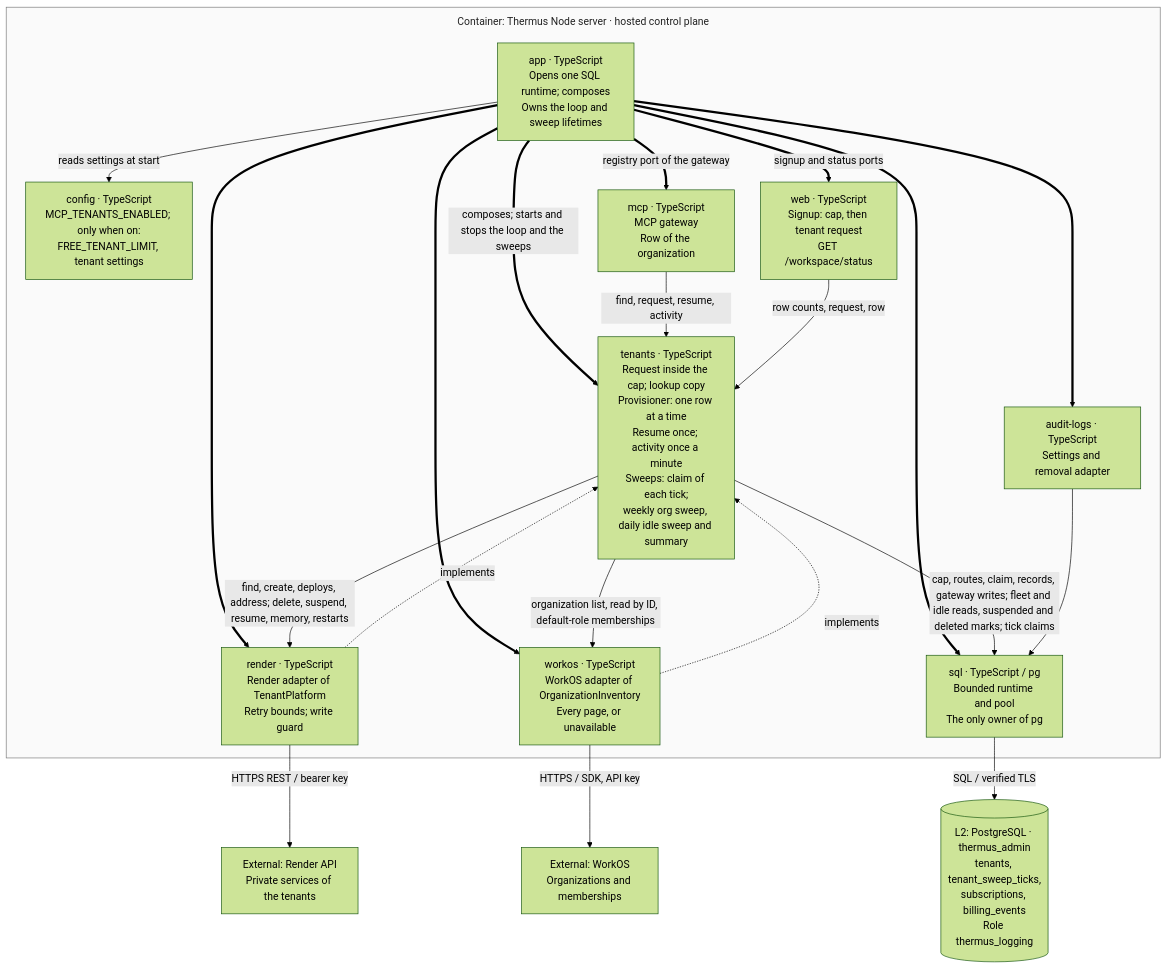
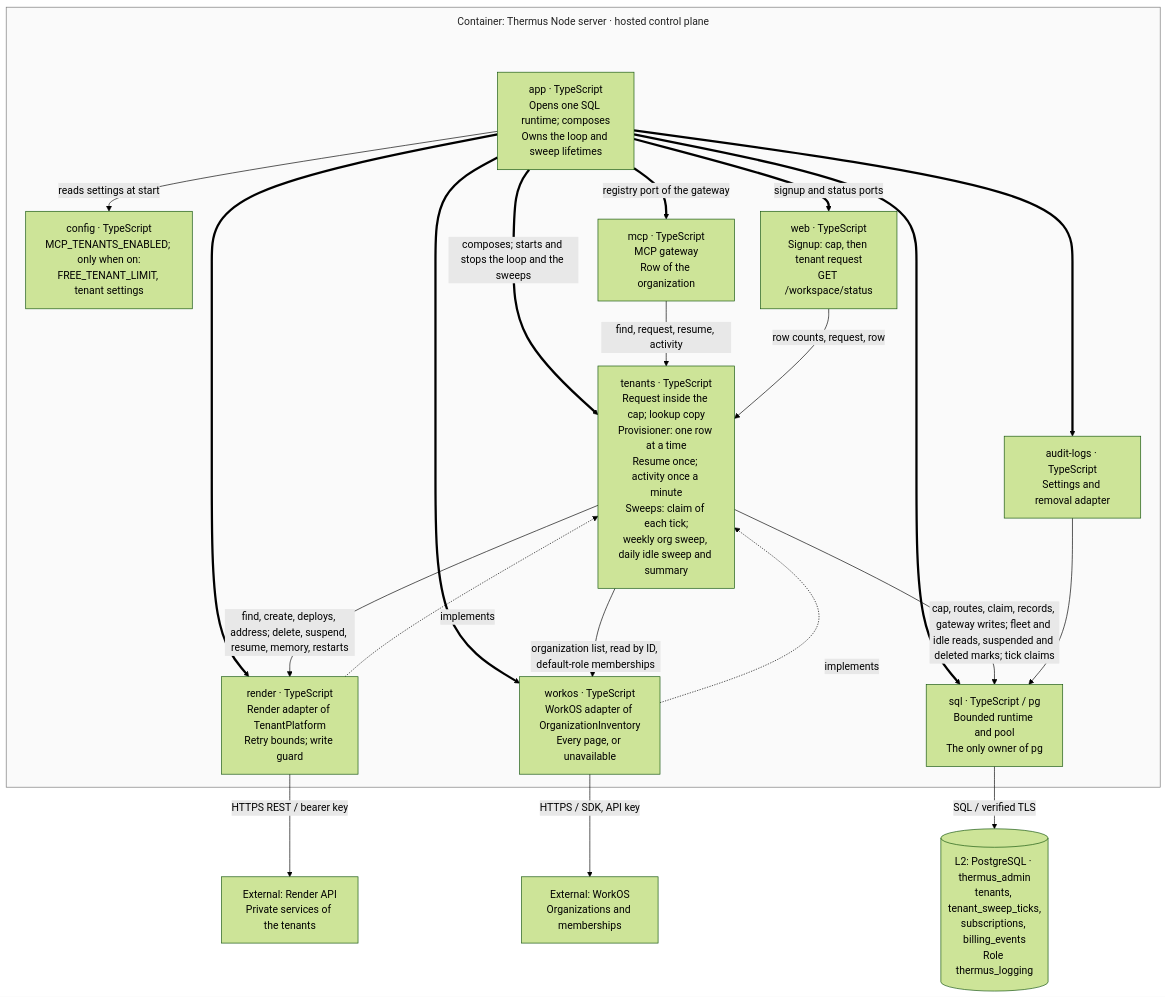
The ninth of 24 diagrams in architecture/components.md (tomer-mayara/Thermus), drawn with Mermaid (forest theme) before and after one commit. The commit also changed other lines of this file, not shown here.

````diff
--- a/architecture/components.md
+++ b/architecture/components.md
@@ -595,38 +595,38 @@
 ```mermaid
-%%{init: {"flowchart": {"wrappingWidth": 150, "nodeSpacing": 40, "rankSpacing": 40, "subGraphTitleMargin": {"top": 10, "bottom": 25}}}}%%
+%%{init: {"flowchart": {"wrappingWidth": 150, "nodeSpacing": 40, "rankSpacing": 40, "subGraphTitleMargin": {"top": 10, "bottom": 70}}}}%%
 flowchart TB
   subgraph tenancy_server["Container: Thermus Node server · hosted control plane"]
     tenancy_config["config · TypeScript<br/>MCP_TENANTS_ENABLED; only when on:<br/>FREE_TENANT_LIMIT, tenant settings"]
     tenancy_app["app · TypeScript<br/>Opens one SQL runtime; composes<br/>Owns the loop and sweep lifetimes"]
     tenancy_web["web · TypeScript<br/>Signup: cap, then tenant request<br/>GET /workspace/status"]
     tenancy_mcp["mcp · TypeScript<br/>MCP gateway<br/>Row of the organization"]
     tenancy_tenants["tenants · TypeScript<br/>Request inside the cap; lookup copy<br/>Provisioner: one row at a time<br/>Resume once; activity once a minute<br/>Sweeps: claim of each tick;<br/>weekly org sweep, daily idle sweep and summary"]
     tenancy_render["render · TypeScript<br/>Render adapter of TenantPlatform<br/>Retry bounds; write guard"]
     tenancy_workos["workos · TypeScript<br/>WorkOS adapter of OrganizationInventory<br/>Every page, or unavailable"]
     tenancy_audit["audit-logs · TypeScript<br/>Settings and removal adapter"]
     tenancy_sql["sql · TypeScript / pg<br/>Bounded runtime and pool<br/>The only owner of pg"]
     tenancy_app -->|reads settings at start| tenancy_config
     tenancy_app ==>|composes; starts and stops the loop and the sweeps| tenancy_tenants
     tenancy_app ==>|registry port of the gateway| tenancy_mcp
     tenancy_app ==>|signup and status ports| tenancy_web
     tenancy_app ==> tenancy_render
     tenancy_app ==> tenancy_workos
     tenancy_app ==> tenancy_audit
     tenancy_app ==> tenancy_sql
     tenancy_mcp -->|find, request, resume, activity| tenancy_tenants
     tenancy_web -->|row counts, request, row| tenancy_tenants
     tenancy_tenants -->|find, create, deploys, address; delete, suspend, resume, memory, restarts| tenancy_render
     tenancy_render -.->|implements| tenancy_tenants
     tenancy_tenants -->|organization list, read by ID, default-role memberships| tenancy_workos
     tenancy_workos -.->|implements| tenancy_tenants
     tenancy_tenants -->|cap, routes, claim, records, gateway writes; fleet and idle reads, suspended and deleted marks; tick claims| tenancy_sql
     tenancy_audit --> tenancy_sql
   end
   tenancy_db[("L2: PostgreSQL · thermus_admin<br/>tenants, tenant_sweep_ticks,<br/>subscriptions, billing_events<br/>Role thermus_logging")]
   tenancy_api["External: Render API<br/>Private services of the tenants"]
   tenancy_workos_api["External: WorkOS<br/>Organizations and memberships"]
   tenancy_sql -->|SQL / verified TLS| tenancy_db
   tenancy_render -->|HTTPS REST / bearer key| tenancy_api
   tenancy_workos -->|HTTPS / SDK, API key| tenancy_workos_api
   style tenancy_server fill:#fafafa,stroke:#777777,color:#222222
 ```
````
